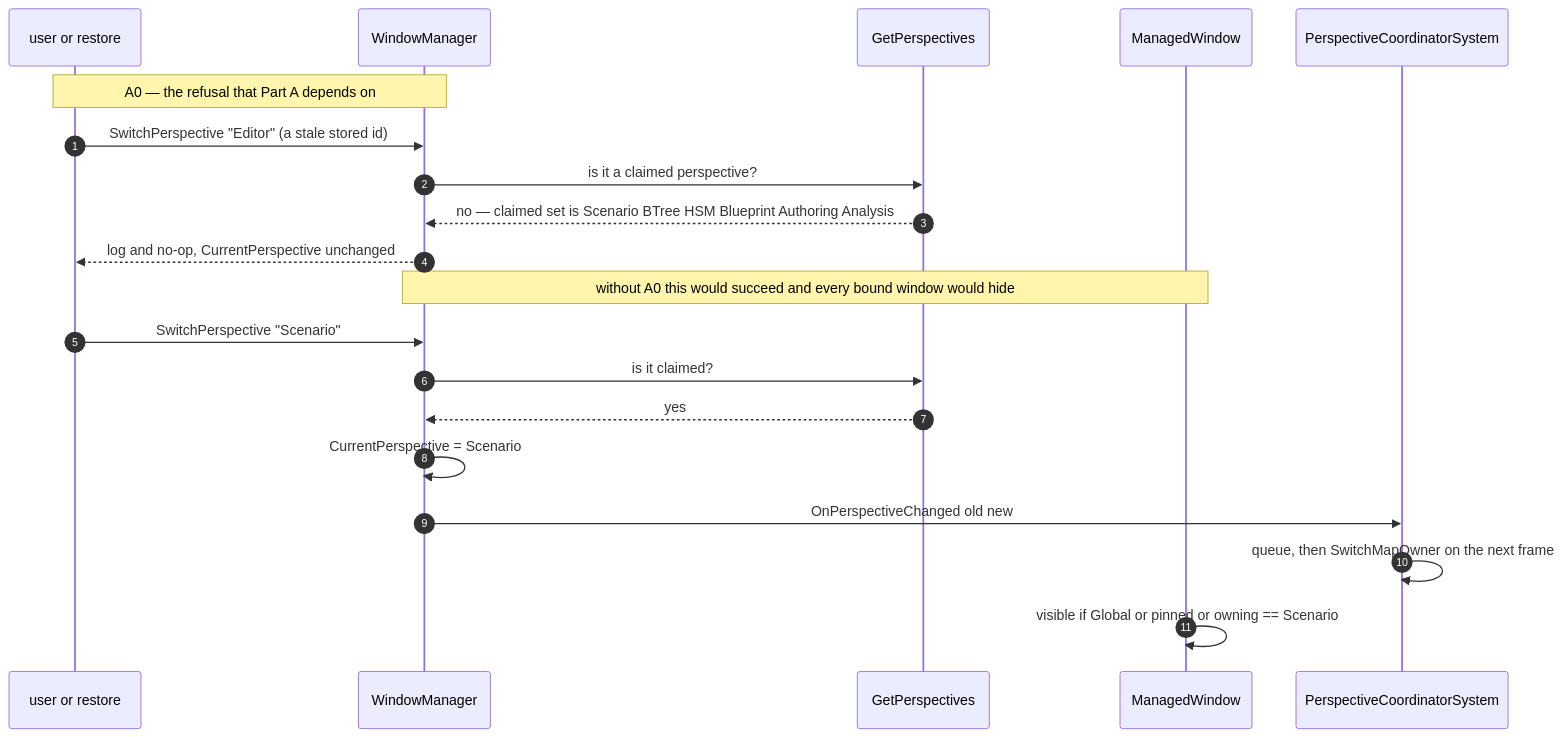
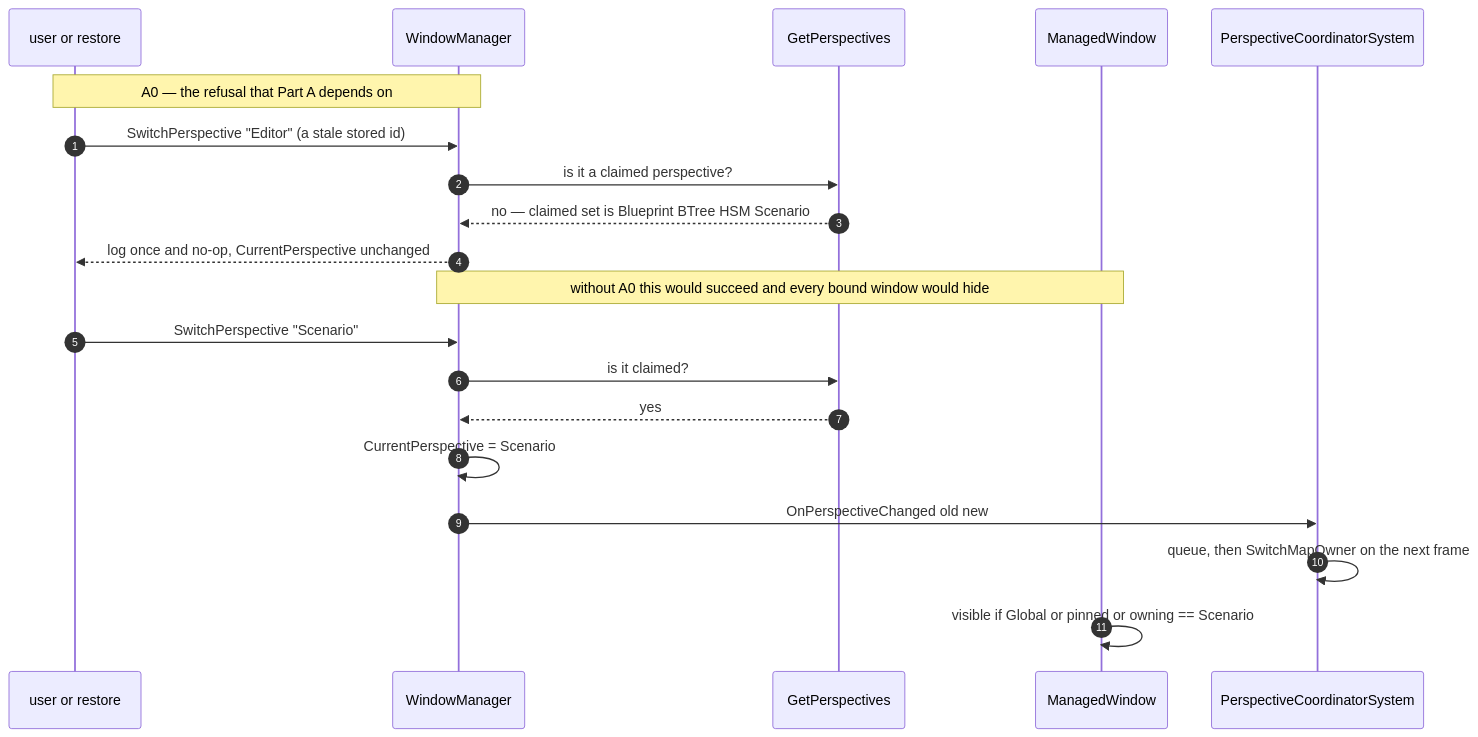
One commit to pjanec/HROT changed the third of 3 diagrams in docs/DESIGN_Perspective_Unification.md. Above: the diagram before and after it, drawn with Mermaid. The commit also changed other lines of this file and 32 other files, not shown here.

````diff
--- a/docs/DESIGN_Perspective_Unification.md
+++ b/docs/DESIGN_Perspective_Unification.md
@@ -379,24 +487,24 @@
 ```mermaid
 sequenceDiagram
     autonumber
     participant U as user or restore
     participant W as WindowManager
     participant G as GetPerspectives
     participant M as ManagedWindow
     participant P as PerspectiveCoordinatorSystem
 
     Note over U,W: A0 — the refusal that Part A depends on
     U->>W: SwitchPerspective "Editor" (a stale stored id)
     W->>G: is it a claimed perspective?
-    G-->>W: no — claimed set is Scenario BTree HSM Blueprint Authoring Analysis
-    W-->>U: log and no-op, CurrentPerspective unchanged
+    G-->>W: no — claimed set is Blueprint BTree HSM Scenario
+    W-->>U: log once and no-op, CurrentPerspective unchanged
     Note over W,M: without A0 this would succeed and every bound window would hide
 
     U->>W: SwitchPerspective "Scenario"
     W->>G: is it claimed?
     G-->>W: yes
     W->>W: CurrentPerspective = Scenario
     W->>P: OnPerspectiveChanged old new
     P->>P: queue, then SwitchMapOwner on the next frame
     M->>M: visible if Global or pinned or owning == Scenario
 ```
````
